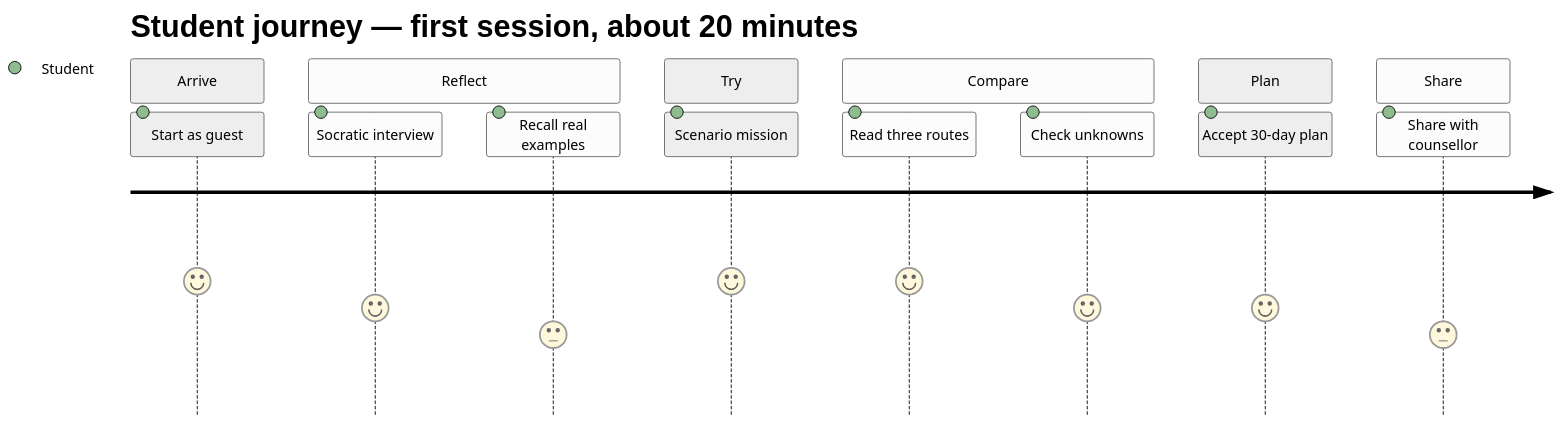
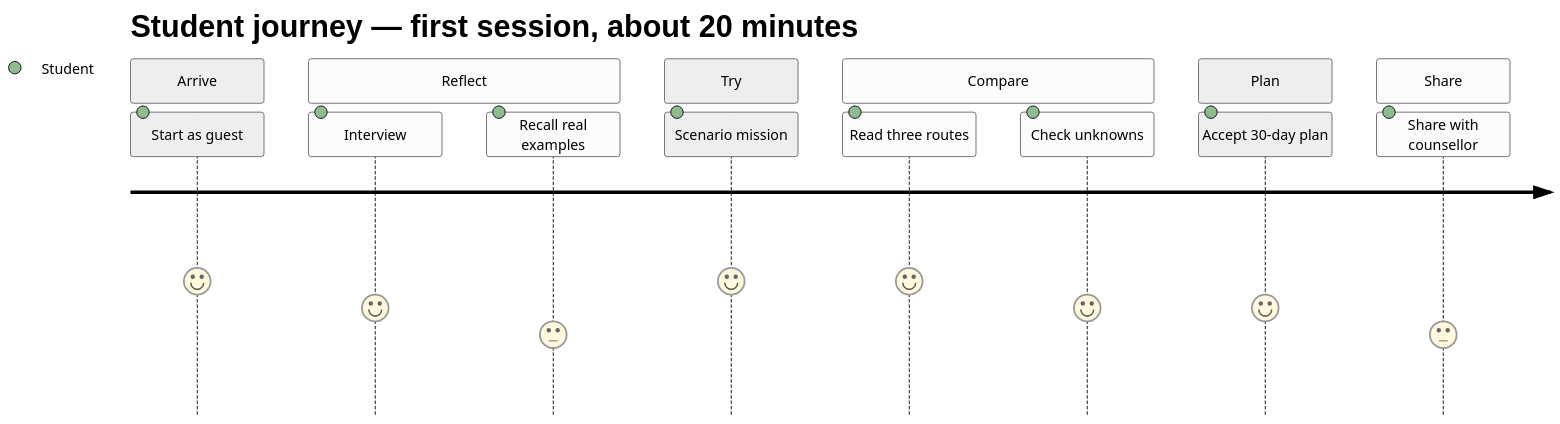
The first of 2 diagrams in docs/03-user-experience.md (winxtxrgit/futureme-ai), drawn with Mermaid (neutral theme) before and after one commit. The commit also changed other lines of this file and 9 other files, not shown here.

````diff
--- a/docs/03-user-experience.md
+++ b/docs/03-user-experience.md
@@ -73,18 +73,18 @@
 ```mermaid
 journey
     title Student journey — first session, about 20 minutes
     section Arrive
       Start as guest: 5: Student
     section Reflect
-      Socratic interview: 4: Student
+      Interview: 4: Student
       Recall real examples: 3: Student
     section Try
       Scenario mission: 5: Student
     section Compare
       Read three routes: 5: Student
       Check unknowns: 4: Student
     section Plan
       Accept 30-day plan: 4: Student
     section Share
       Share with counsellor: 3: Student
 ```
````
